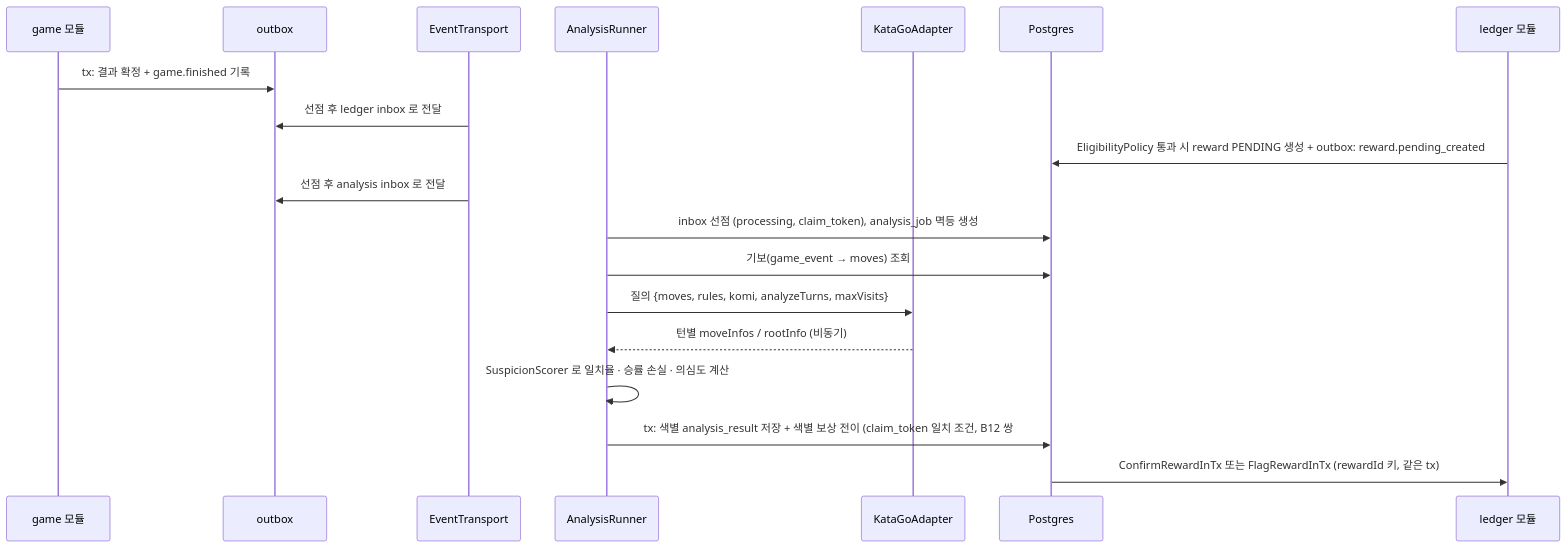
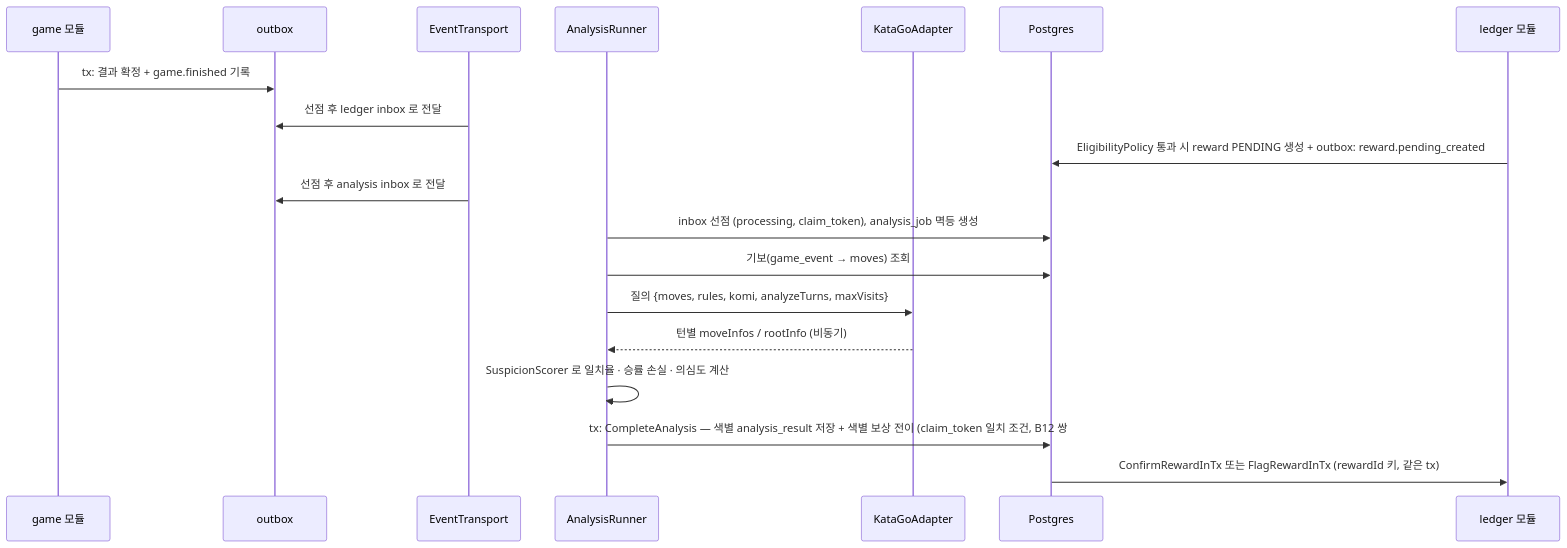
Before and after one commit to 1985jwlee/portpolio_backend: diagram 15 of 20 in docs/design/phases/01-baduk.md, drawn with Mermaid. The commit also changed other lines of this file and 50 other files, not shown here.

````diff
--- a/docs/design/phases/01-baduk.md
+++ b/docs/design/phases/01-baduk.md
@@ -881,21 +882,21 @@
 ```mermaid
 sequenceDiagram
     participant G as game 모듈
     participant O as outbox
     participant T as EventTransport
     participant W as AnalysisRunner
     participant K as KataGoAdapter
     participant D as Postgres
     participant L as ledger 모듈
     G->>O: tx: 결과 확정 + game.finished 기록
     T->>O: 선점 후 ledger inbox 로 전달
     L->>D: EligibilityPolicy 통과 시 reward PENDING 생성 + outbox: reward.pending_created
     T->>O: 선점 후 analysis inbox 로 전달
     W->>D: inbox 선점 (processing, claim_token), analysis_job 멱등 생성
     W->>D: 기보(game_event → moves) 조회
     W->>K: 질의 {moves, rules, komi, analyzeTurns, maxVisits}
     K-->>W: 턴별 moveInfos / rootInfo (비동기)
     W->>W: SuspicionScorer 로 일치율 · 승률 손실 · 의심도 계산
-    W->>D: tx: 색별 analysis_result 저장 + 색별 보상 전이 (claim_token 일치 조건, B12 쌍 #6)
+    W->>D: tx: CompleteAnalysis — 색별 analysis_result 저장 + 색별 보상 전이 (claim_token 일치 조건, B12 쌍 #6)
     D->>L: ConfirmRewardInTx 또는 FlagRewardInTx (rewardId 키, 같은 tx)
 ```
````
